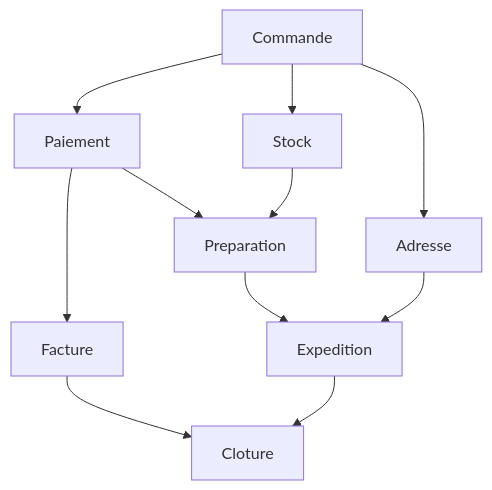
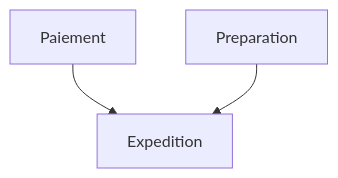
One commit to Lsh0x/petri-net changed the diagram in README.md. Above: the diagram before and after it, drawn with Mermaid. The commit also changed other lines of this file and 14 other files, not shown here.

````diff
--- a/README.md
+++ b/README.md
@@ -64,13 +46,5 @@
 ```mermaid
 flowchart TD
-    Commande --> Paiement
-    Commande --> Stock
-    Commande --> Adresse
-    Paiement --> Facture
-    Paiement --> Preparation
-    Stock --> Preparation
+    Paiement --> Expedition
     Preparation --> Expedition
-    Adresse --> Expedition
-    Expedition --> Cloture
-    Facture --> Cloture
 ```
````
